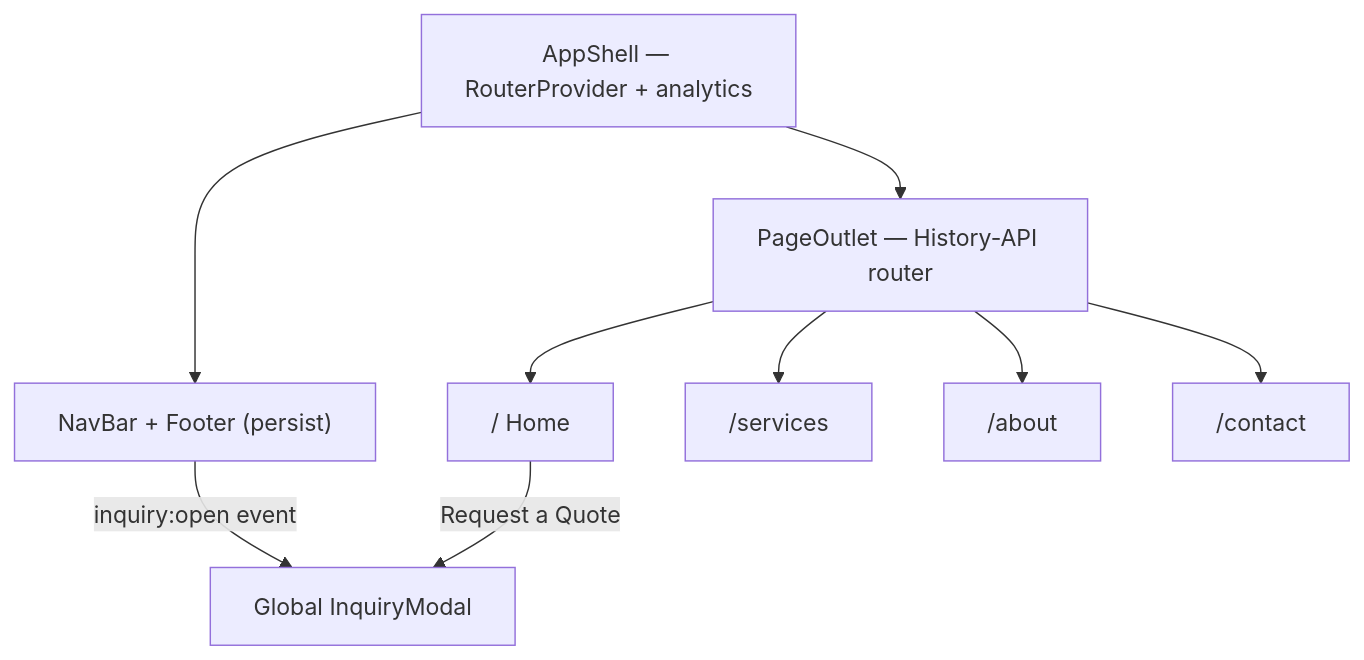
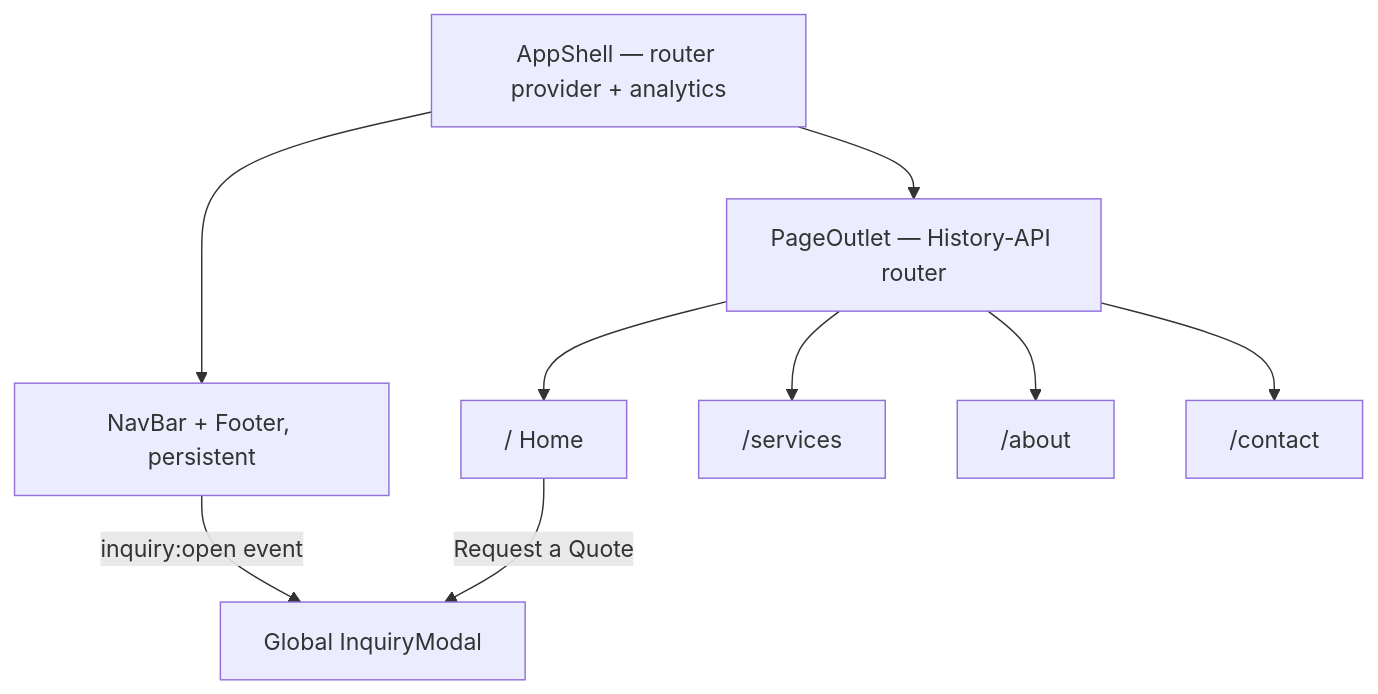
Before and after one commit to TaylorURL/dickinsonbayoufleeting-com: the diagram in README.md, drawn with Mermaid. The commit also changed other lines of this file and 3 other files, not shown here.

````diff
--- a/README.md
+++ b/README.md
@@ -97,11 +95,11 @@
 ```mermaid
 flowchart TD
-    Shell["AppShell — RouterProvider + analytics"] --> Chrome["NavBar + Footer (persist)"]
+    Shell["AppShell — router provider + analytics"] --> Chrome["NavBar + Footer, persistent"]
     Shell --> Outlet["PageOutlet — History-API router"]
     Outlet --> Home["/ Home"]
     Outlet --> Services["/services"]
     Outlet --> About["/about"]
     Outlet --> Contact["/contact"]
     Chrome -->|"inquiry:open event"| Modal["Global InquiryModal"]
     Home -->|"Request a Quote"| Modal
 ```
````
